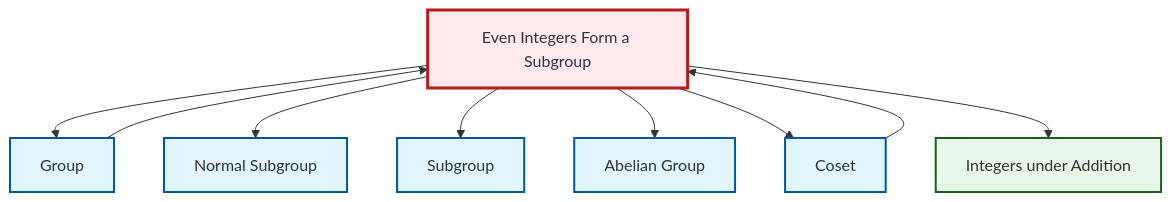
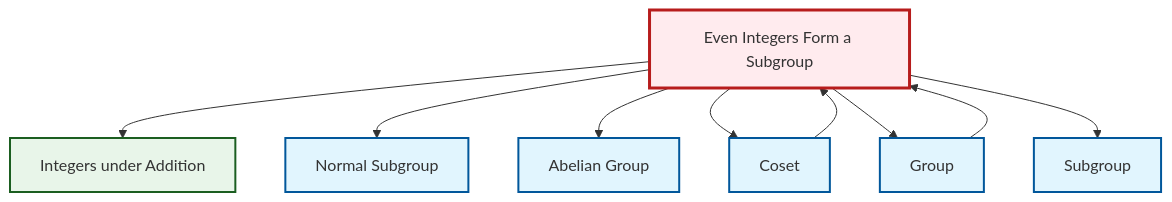
Before and after one commit to RK0429/ModernMath: the diagram in output/mermaid/en/ex-even-integers-subgroup.mermaid, drawn with Mermaid. The commit also changed other lines of this file and 3102 other files, not shown here.

```diff
--- a/output/mermaid/en/ex-even-integers-subgroup.mermaid
+++ b/output/mermaid/en/ex-even-integers-subgroup.mermaid
@@ -1,22 +1,22 @@
 graph TD
     classDef definition fill:#e1f5fe,stroke:#01579b,stroke-width:2px
     classDef theorem fill:#f3e5f5,stroke:#4a148c,stroke-width:2px
     classDef axiom fill:#fff3e0,stroke:#e65100,stroke-width:2px
     classDef example fill:#e8f5e9,stroke:#1b5e20,stroke-width:2px
     classDef current fill:#ffebee,stroke:#b71c1c,stroke-width:3px
-    ex-integers-addition["Integers under Addition"]:::example
     ex-even-integers-subgroup["Even Integers Form a Subgroup"]:::example
     def-group["Group"]:::definition
+    def-coset["Coset"]:::definition
     def-subgroup["Subgroup"]:::definition
+    def-abelian-group["Abelian Group"]:::definition
+    ex-integers-addition["Integers under Addition"]:::example
     def-normal-subgroup["Normal Subgroup"]:::definition
-    def-coset["Coset"]:::definition
-    def-abelian-group["Abelian Group"]:::definition
+    ex-even-integers-subgroup --> ex-integers-addition
+    ex-even-integers-subgroup --> def-normal-subgroup
+    ex-even-integers-subgroup --> def-abelian-group
+    ex-even-integers-subgroup --> def-coset
     ex-even-integers-subgroup --> def-group
-    ex-even-integers-subgroup --> def-normal-subgroup
     def-group --> ex-even-integers-subgroup
     ex-even-integers-subgroup --> def-subgroup
-    ex-even-integers-subgroup --> def-abelian-group
-    ex-even-integers-subgroup --> def-coset
-    ex-even-integers-subgroup --> ex-integers-addition
     def-coset --> ex-even-integers-subgroup
     class ex-even-integers-subgroup current
```
